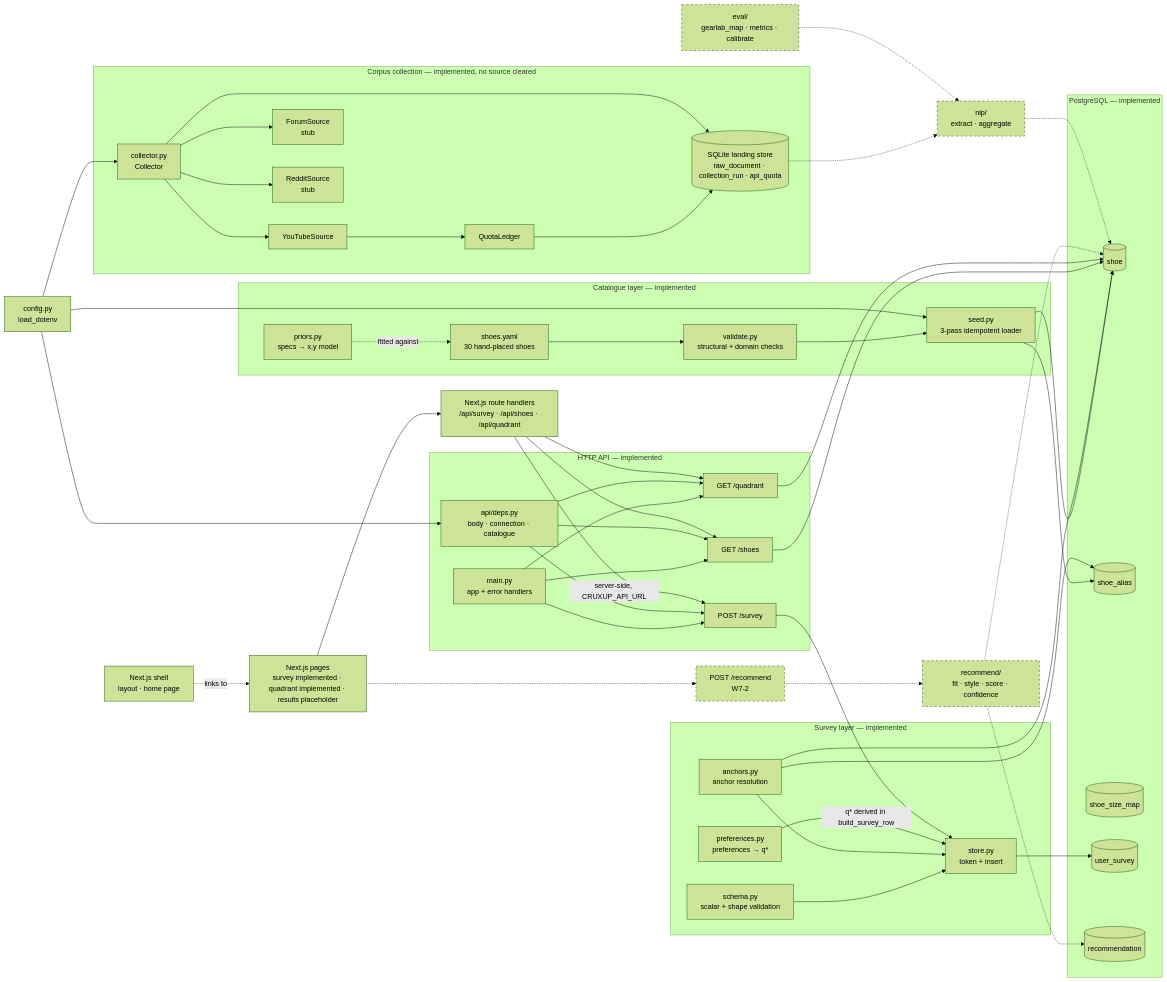
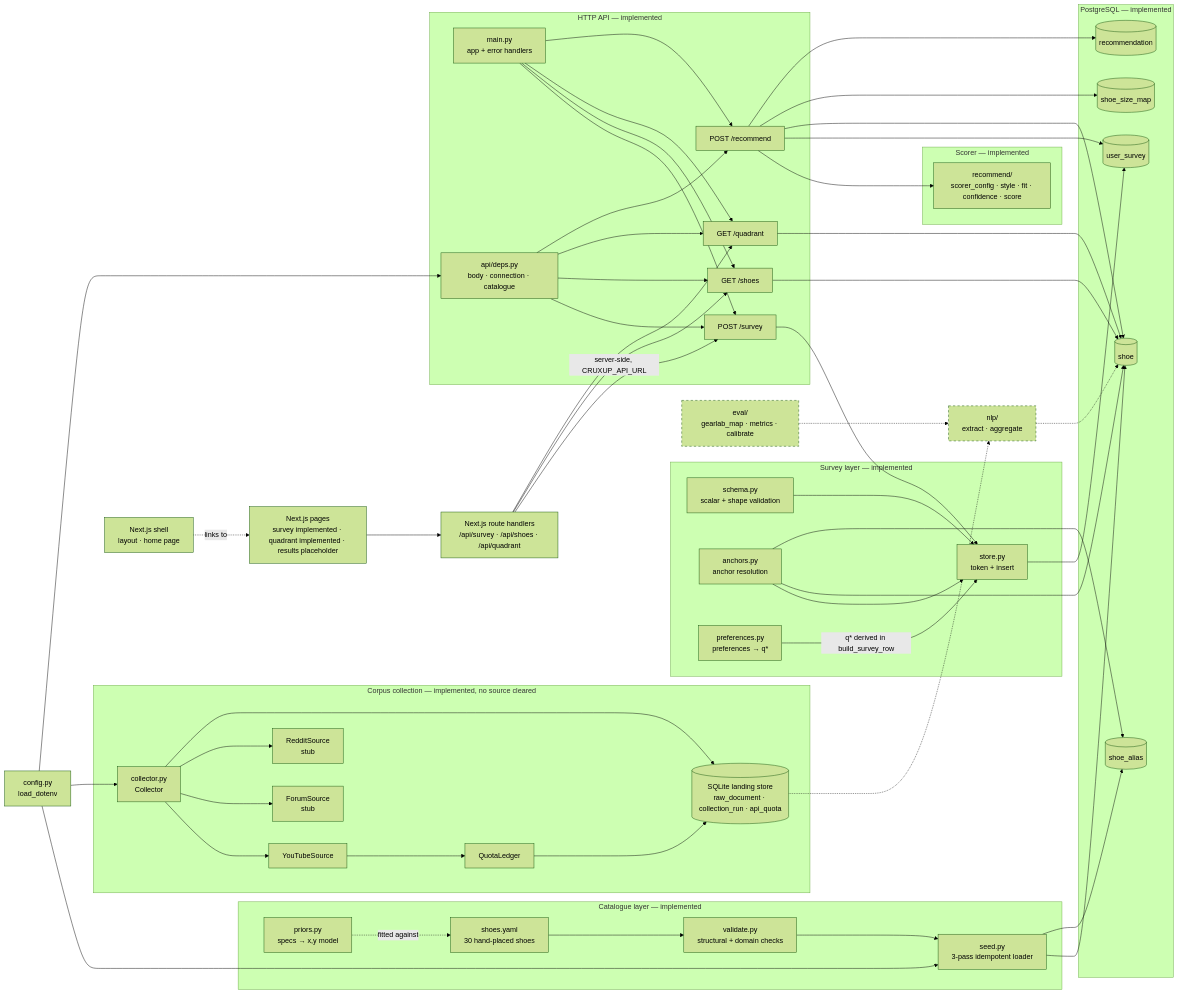
One commit to barlu3/CruxUp changed the first of 2 diagrams in docs/ARCHITECTURE.md. Above: the diagram before and after it, drawn with Mermaid (forest theme). The commit also changed other lines of this file and 2 other files, not shown here.

```diff
--- a/docs/ARCHITECTURE.md
+++ b/docs/ARCHITECTURE.md
@@ -70,6 +70,11 @@
     RSURV[POST /survey]
     RSHOE[GET /shoes]
     RQUAD[GET /quadrant]
+    RREC[POST /recommend]
+  end
+
+  subgraph Scorer["Scorer — implemented"]
+    SCORE[recommend/<br/>scorer_config · style · fit · confidence · score]
   end
 
   CFG[config.py<br/>load_dotenv]
@@ -97,9 +102,14 @@
   RSURV --> STO
   RSHOE --> SHOE
   RQUAD --> SHOE
+  MAIN --> RREC
+  DEPS --> RREC
+  RREC --> SCORE
+  RREC --> SURV
+  RREC --> SHOE
+  RREC --> SIZE
+  RREC --> REC
 
-  RREC[POST /recommend<br/>W7-2]:::planned
-  SCORE[recommend/<br/>fit · style · score · confidence]:::planned
   NLP[nlp/<br/>extract · aggregate]:::planned
   EVAL[eval/<br/>gearlab_map · metrics · calibrate]:::planned
   SHELL[Next.js shell<br/>layout · home page]
@@ -111,8 +121,6 @@
   PROXY -->|"server-side, CRUXUP_API_URL"| RSURV
   PROXY --> RSHOE
   PROXY --> RQUAD
-  WEB -.-> RREC -.-> SCORE -.-> SHOE
-  SCORE -.-> REC
   LAND -.-> NLP -.-> SHOE
   EVAL -.-> NLP
 
```
